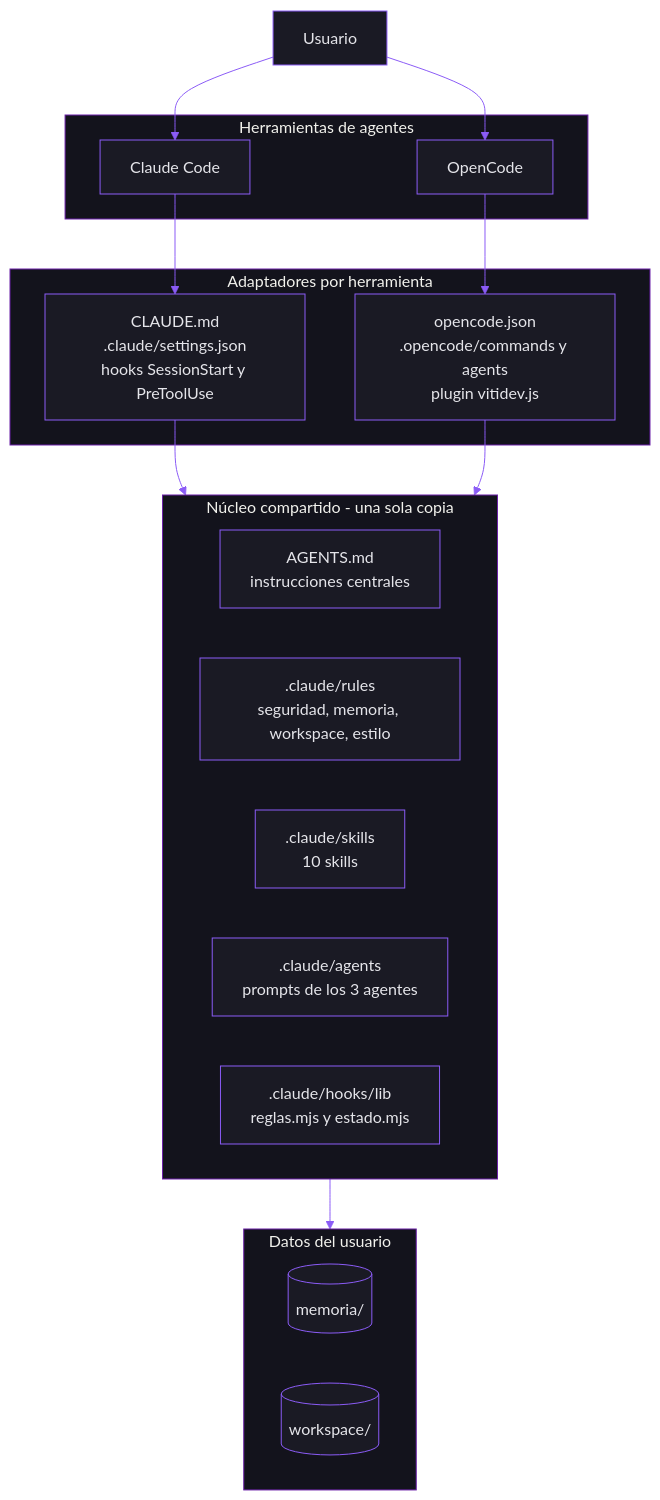
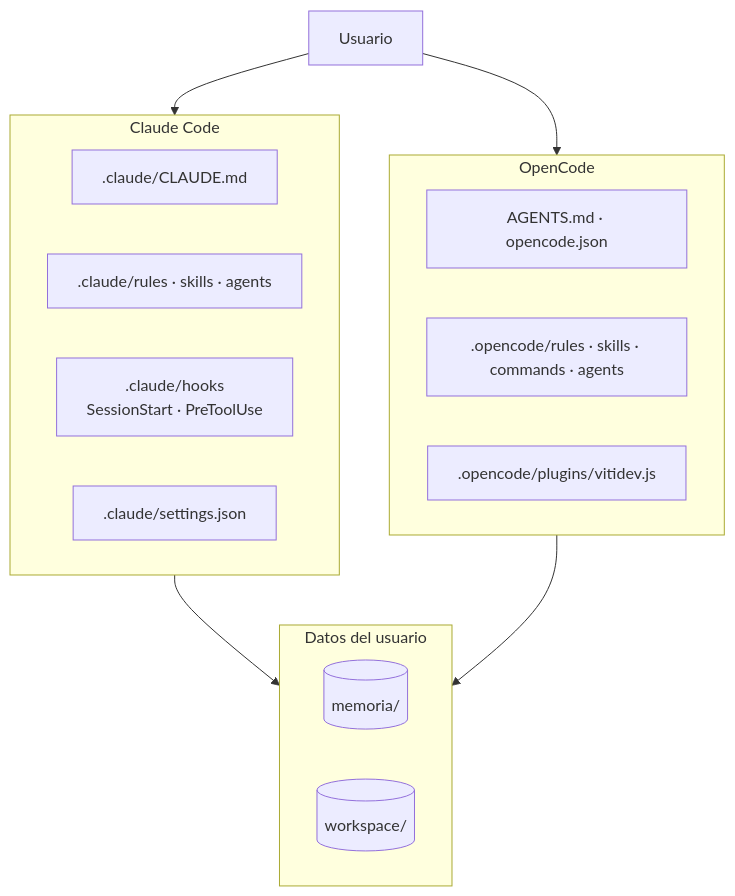
The diagram in README.md (VITIDEV06/VITIDEV-OS-AI), drawn with Mermaid before and after one commit. The commit also changed other lines of this file and 72 other files, not shown here.

First line of the commit message:
Separando ecosistemas claude y opencode

````diff
--- a/README.md
+++ b/README.md
@@ -167,35 +55,23 @@
 ```mermaid
-%%{init: {'theme':'base','themeVariables':{'primaryColor':'#1a1a24','primaryTextColor':'#E5E5EA','primaryBorderColor':'#8B5CF6','lineColor':'#8B5CF6','secondaryColor':'#1E3A8A','tertiaryColor':'#0D0D12','clusterBkg':'#13131c','clusterBorder':'#6B21A8','fontFamily':'Segoe UI, Arial'}}}%%
 flowchart TB
     U["Usuario"]
-
-    subgraph HERRAMIENTAS["Herramientas de agentes"]
-        CC["Claude Code"]
-        OC["OpenCode"]
+    subgraph CC["Claude Code"]
+        C1[".claude/CLAUDE.md"]
+        C2[".claude/rules · skills · agents"]
+        C3[".claude/hooks<br/>SessionStart · PreToolUse"]
+        C4[".claude/settings.json"]
     end
-
-    subgraph ADAPTADORES["Adaptadores por herramienta"]
-        CCA["CLAUDE.md<br/>.claude/settings.json<br/>hooks SessionStart y PreToolUse"]
-        OCA["opencode.json<br/>.opencode/commands y agents<br/>plugin vitidev.js"]
+    subgraph OC["OpenCode"]
+        O1["AGENTS.md · opencode.json"]
+        O2[".opencode/rules · skills · commands · agents"]
+        O3[".opencode/plugins/vitidev.js"]
     end
-
-    subgraph NUCLEO["Núcleo compartido - una sola copia"]
-        AG["AGENTS.md<br/>instrucciones centrales"]
-        RU[".claude/rules<br/>seguridad, memoria, workspace, estilo"]
-        SK[".claude/skills<br/>10 skills"]
-        AP[".claude/agents<br/>prompts de los 3 agentes"]
-        LB[".claude/hooks/lib<br/>reglas.mjs y estado.mjs"]
+    subgraph D["Datos del usuario"]
+        M[("memoria/")]
+        W[("workspace/")]
     end
-
-    subgraph DATOS["Datos del usuario"]
-        ME[("memoria/")]
-        WS[("workspace/")]
-    end
-
-    U --> CC & OC
-    CC --> CCA
-    OC --> OCA
-    CCA --> NUCLEO
-    OCA --> NUCLEO
-    NUCLEO --> DATOS
+    U --> CC
+    U --> OC
+    CC --> D
+    OC --> D
 ```
````
